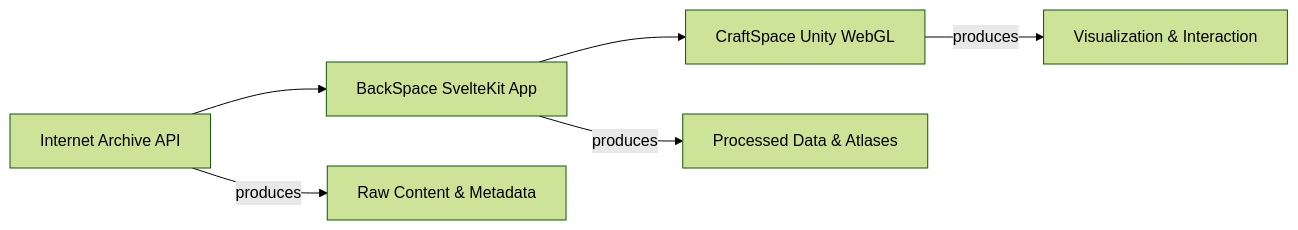
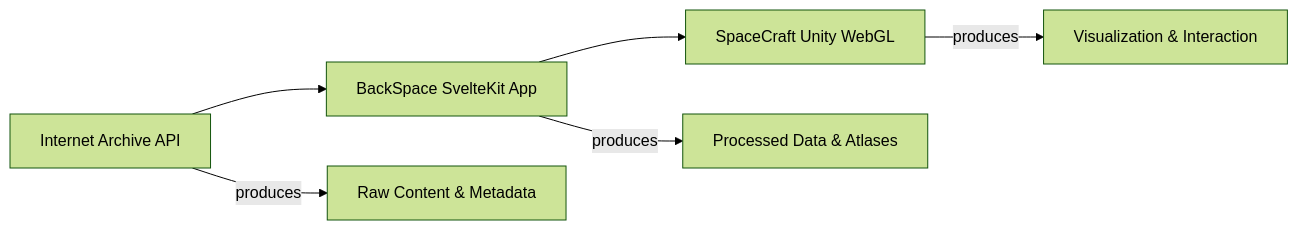
One commit to publiccodenet/SpaceCraft changed the diagram in README.md. Above: the diagram before and after it, drawn with Mermaid (forest theme). The commit also changed other lines of this file and 1732 other files, not shown here.

````diff
--- a/README.md
+++ b/README.md
@@ -15,7 +15,7 @@
 ```mermaid
 flowchart LR
-    IA[Internet Archive API] --> BS[BackSpace SvelteKit App] --> CS[CraftSpace Unity WebGL]
+    IA[Internet Archive API] --> BS[BackSpace SvelteKit App] --> SC[SpaceCraft Unity WebGL]
     IA --> |produces| RAW[Raw Content & Metadata]
     BS --> |produces| PROC[Processed Data & Atlases]
-    CS --> |produces| VIS[Visualization & Interaction]
+    SC --> |produces| VIS[Visualization & Interaction]
 ```
````
